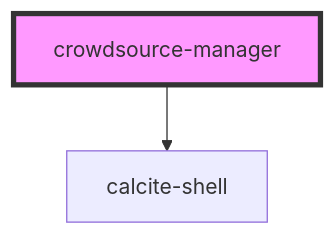
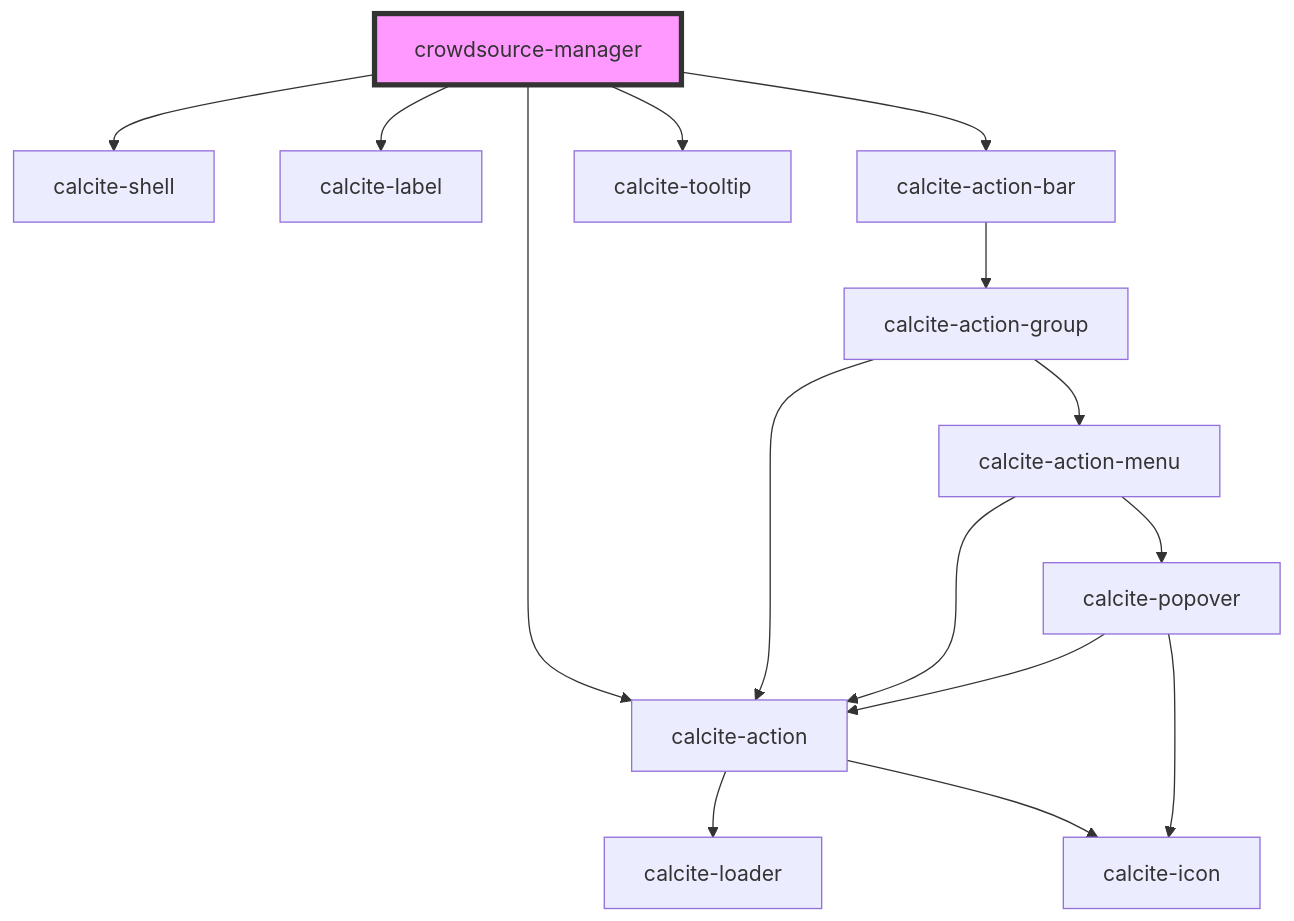
The diagram in src/components/crowdsource-manager/readme.md (Esri/solutions-components), drawn with Mermaid before and after one commit. The commit also changed other lines of this file and 114 other files, not shown here.

````diff
--- a/src/components/crowdsource-manager/readme.md
+++ b/src/components/crowdsource-manager/readme.md
@@ -15,5 +19,18 @@
 ```mermaid
 graph TD;
   crowdsource-manager --> calcite-shell
+  crowdsource-manager --> calcite-label
+  crowdsource-manager --> calcite-action-bar
+  crowdsource-manager --> calcite-action
+  crowdsource-manager --> calcite-tooltip
+  calcite-action-bar --> calcite-action-group
+  calcite-action-group --> calcite-action-menu
+  calcite-action-group --> calcite-action
+  calcite-action-menu --> calcite-action
+  calcite-action-menu --> calcite-popover
+  calcite-action --> calcite-loader
+  calcite-action --> calcite-icon
+  calcite-popover --> calcite-action
+  calcite-popover --> calcite-icon
   style crowdsource-manager fill:#f9f,stroke:#333,stroke-width:4px
 ```
````
